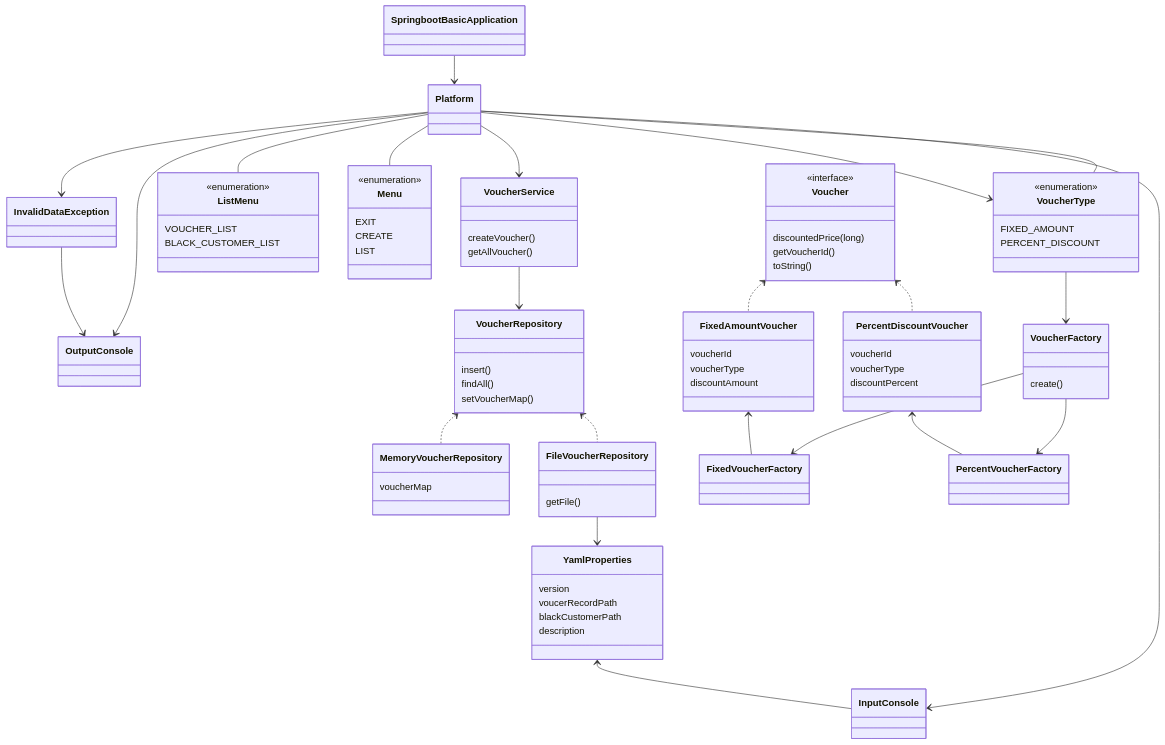
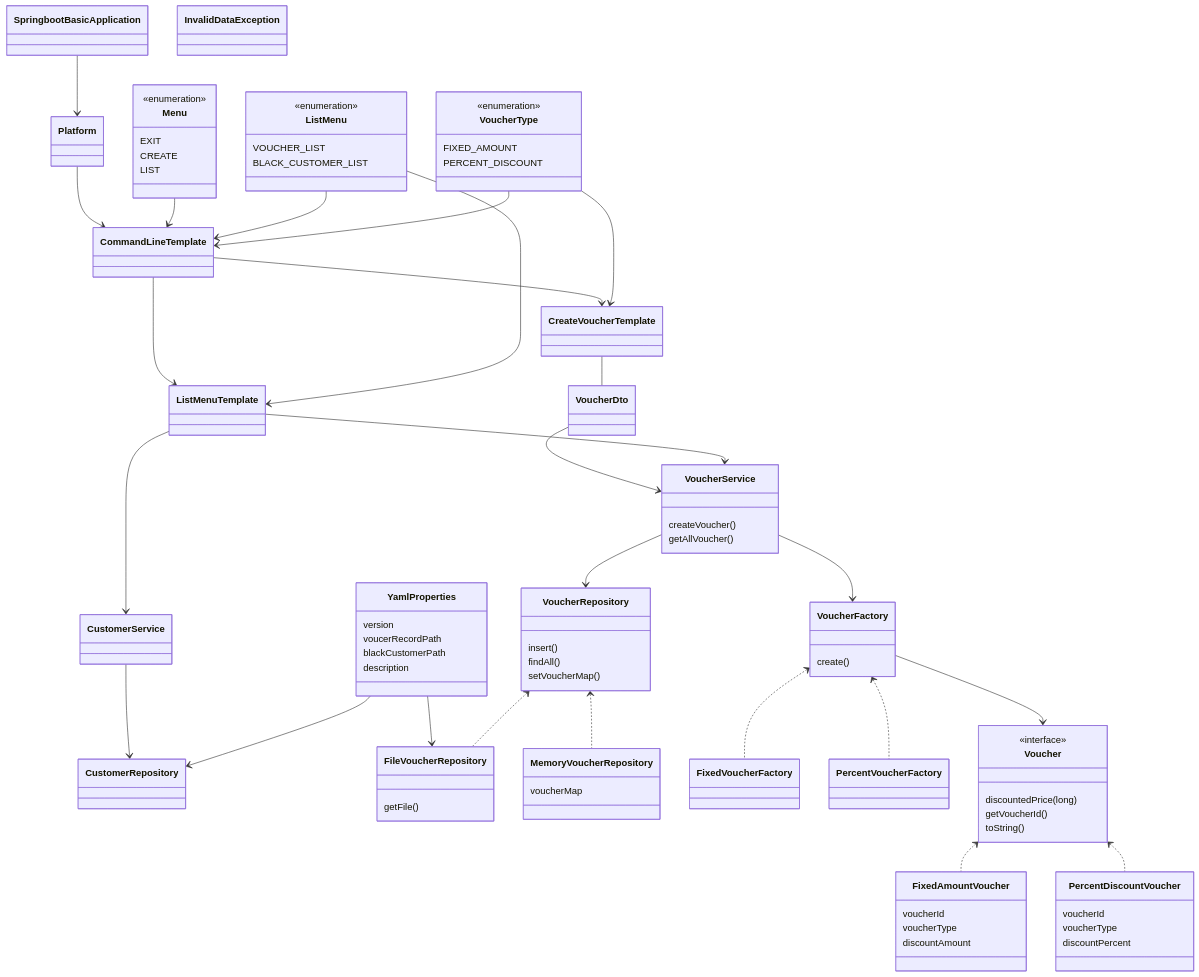
The diagram in application.mermaid (prgrms-be-devcourse/springboot-basic), drawn with Mermaid before and after one commit. The commit also changed 22 other files, not shown here.

```diff
--- a/application.mermaid
+++ b/application.mermaid
@@ -1,86 +1,95 @@
 classDiagram
     class SpringbootBasicApplication
     class Platform
+
     SpringbootBasicApplication --> Platform
-    Platform --> InputConsole
-    Platform --> OutputConsole
-    Platform --> VoucherService
+
+    class CommandLineTemplate
+    class CreateVoucherTemplate
+    class ListMenuTemplate
+
+    Platform --> CommandLineTemplate
+    CommandLineTemplate --> CreateVoucherTemplate
+    CommandLineTemplate --> ListMenuTemplate
+    ListMenuTemplate --> CustomerService
+    CustomerService --> CustomerRepository
 
     class InvalidDataException
-    InvalidDataException --> OutputConsole
-    Platform --> InvalidDataException
     class YamlProperties {
         version
         voucerRecordPath
         blackCustomerPath
         description
     }
-    YamlProperties <-- InputConsole
+    YamlProperties --> FileVoucherRepository
+    YamlProperties --> CustomerRepository
 
-    class ListMenu {
-        <<enumeration>>
-        VOUCHER_LIST
-        BLACK_CUSTOMER_LIST
-    }
+
     class Menu {
         <<enumeration>>
         EXIT
         CREATE
         LIST
     }
+    Menu --> CommandLineTemplate
+    class ListMenu {
+        <<enumeration>>
+        VOUCHER_LIST
+        BLACK_CUSTOMER_LIST
+    }
+    ListMenu --> CommandLineTemplate
+    ListMenu --> ListMenuTemplate
     class VoucherType {
         <<enumeration>>
         FIXED_AMOUNT
         PERCENT_DISCOUNT
     }
-    Platform -- ListMenu
-    Platform -- Menu
-    Platform -- VoucherType
+    VoucherType --> CommandLineTemplate
+    VoucherType --> CreateVoucherTemplate
 
     class VoucherService {
         createVoucher()
         getAllVoucher()
     }
-    VoucherService --> VoucherRepository
+    CreateVoucherTemplate -- VoucherDto
+    VoucherDto --> VoucherService
+    ListMenuTemplate --> VoucherService
+    VoucherService --> VoucherFactory
 
     class VoucherRepository {
         insert()
         findAll()
         setVoucherMap()
     }
+    VoucherService --> VoucherRepository
     class MemoryVoucherRepository {voucherMap}
     class FileVoucherRepository { getFile() }
     VoucherRepository <.. MemoryVoucherRepository
     VoucherRepository <.. FileVoucherRepository
-    FileVoucherRepository --> YamlProperties
 
     class VoucherFactory {
         create()
     }
-    VoucherType --> VoucherFactory
-    Platform --> VoucherType
+    VoucherFactory <.. FixedVoucherFactory
+    VoucherFactory <.. PercentVoucherFactory
     class FixedVoucherFactory
     class PercentVoucherFactory
-    VoucherFactory --> FixedVoucherFactory
-    VoucherFactory --> PercentVoucherFactory
-
     class Voucher {
         <<interface>>
         discountedPrice(long)
         getVoucherId()
         toString()
     }
     class FixedAmountVoucher {
         voucherId
         voucherType
         discountAmount
     }
     class PercentDiscountVoucher {
         voucherId
         voucherType
         discountPercent
     }
-    FixedAmountVoucher <-- FixedVoucherFactory
-    PercentDiscountVoucher <-- PercentVoucherFactory
     Voucher <.. FixedAmountVoucher
     Voucher <.. PercentDiscountVoucher
+    VoucherFactory --> Voucher
```
